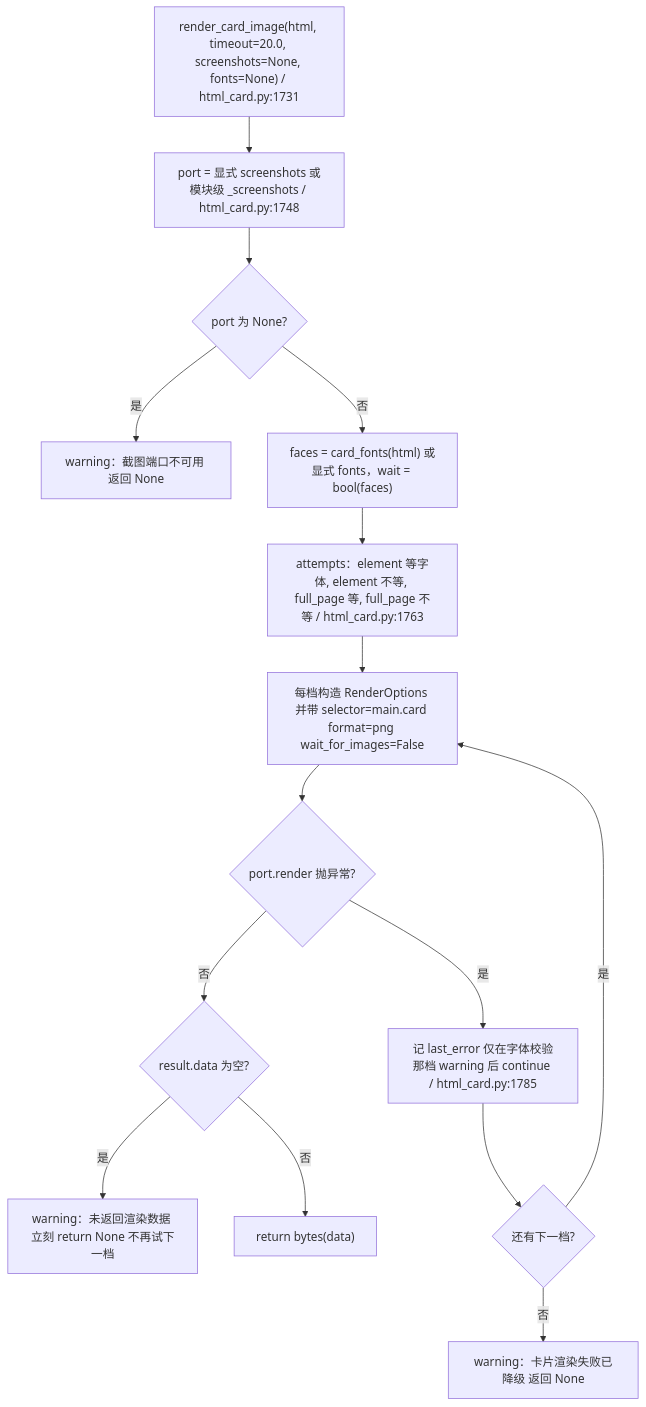
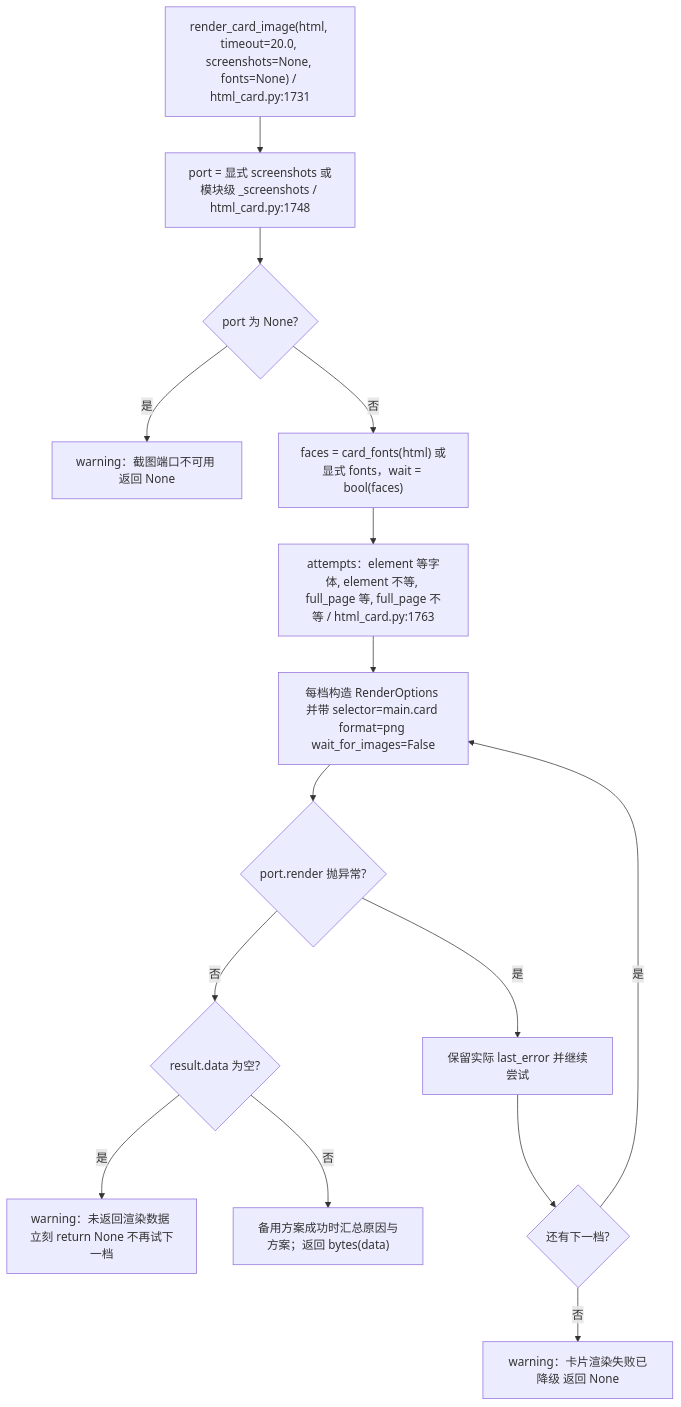
The sixth of 14 diagrams in docs/flow/13-render-cards.md (SuperQuail/NeoBot), drawn with Mermaid before and after one commit. The commit also changed 55 other files, not shown here.

````diff
--- a/docs/flow/13-render-cards.md
+++ b/docs/flow/13-render-cards.md
@@ -272,17 +272,17 @@
 ```mermaid
 flowchart TD
     A["render_card_image(html, timeout=20.0, screenshots=None, fonts=None) / html_card.py:1731"] --> B["port = 显式 screenshots 或模块级 _screenshots / html_card.py:1748"]
     B --> C{"port 为 None?"}
     C -- 是 --> C1["warning：截图端口不可用 返回 None"]
     C -- 否 --> D["faces = card_fonts(html) 或显式 fonts，wait = bool(faces)"]
     D --> E["attempts：element 等字体, element 不等, full_page 等, full_page 不等 / html_card.py:1763"]
     E --> F["每档构造 RenderOptions 并带 selector=main.card format=png wait_for_images=False"]
     F --> G{"port.render 抛异常?"}
-    G -- 是 --> G1["记 last_error 仅在字体校验那档 warning 后 continue / html_card.py:1785"]
+    G -- 是 --> G1["保留实际 last_error 并继续尝试"]
     G -- 否 --> H{"result.data 为空?"}
     H -- 是 --> H1["warning：未返回渲染数据 立刻 return None 不再试下一档"]
-    H -- 否 --> I["return bytes(data)"]
+    H -- 否 --> I["备用方案成功时汇总原因与方案；返回 bytes(data)"]
     G1 --> J{"还有下一档?"}
     J -- 是 --> F
     J -- 否 --> K["warning：卡片渲染失败已降级 返回 None"]
 ```
````
